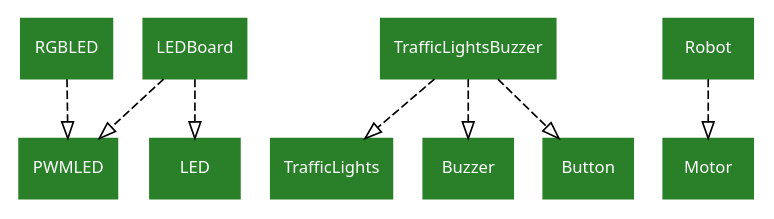
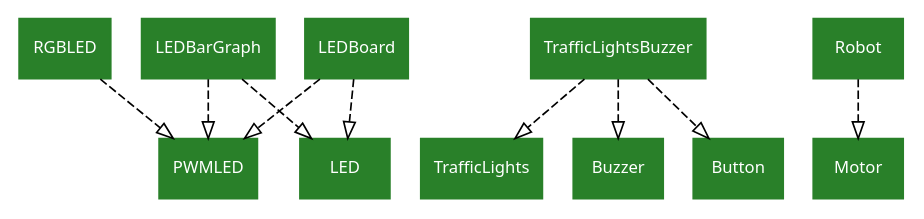
One commit to gpiozero/gpiozero changed the diagram in docs/images/composed_devices.dot. Above: the diagram before and after it, drawn with Graphviz.

Commit message:
Add LEDBarGraph to the composed_devices graph

```diff
--- a/docs/images/composed_devices.dot
+++ b/docs/images/composed_devices.dot
@@ -1,17 +1,19 @@
 /* vim: set et sw=4 sts=4: */
 
 digraph classes {
     graph [rankdir=TB];
     node [shape=rect, style=filled, color="#298029", fontname=Sans, fontcolor="#ffffff", fontsize=10];
     edge [arrowhead=onormal, style=dashed];
 
     RGBLED->PWMLED;
     LEDBoard->LED;
     LEDBoard->PWMLED;
+    LEDBarGraph->LED;
+    LEDBarGraph->PWMLED;
 
     TrafficLightsBuzzer->TrafficLights;
     TrafficLightsBuzzer->Buzzer;
     TrafficLightsBuzzer->Button;
 
     Robot->Motor;
 }
```
